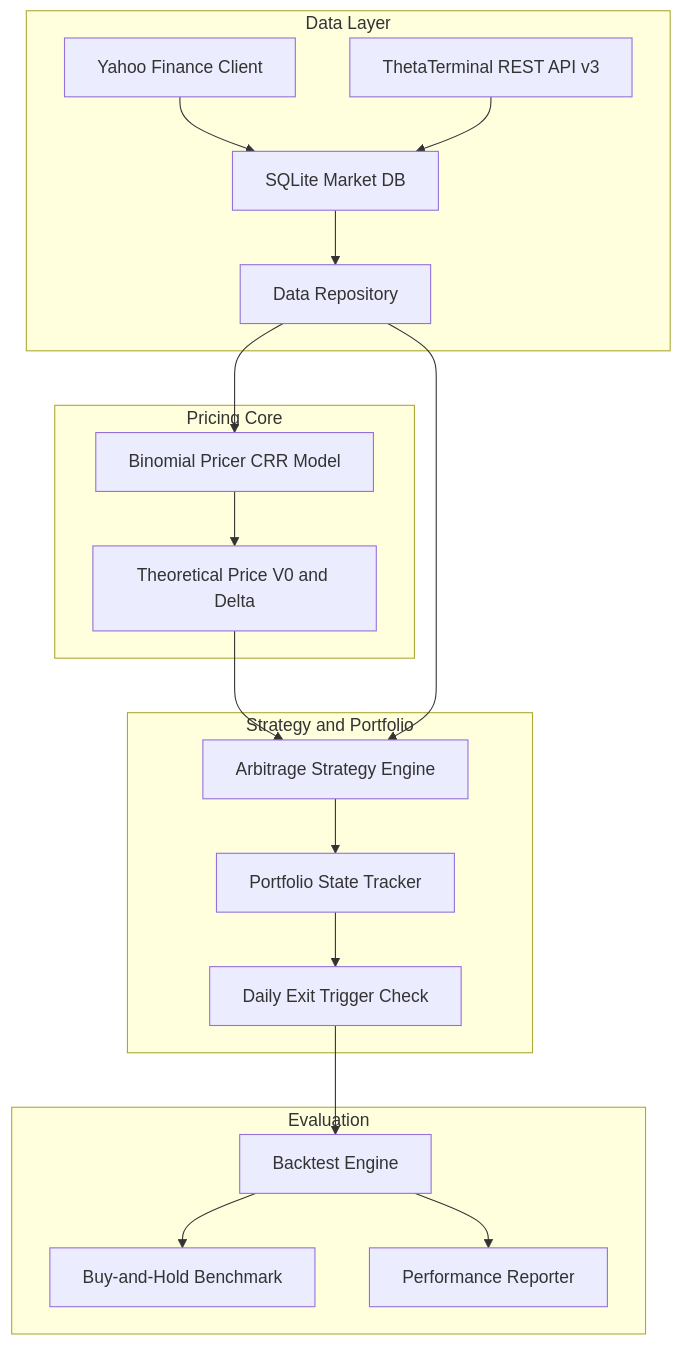
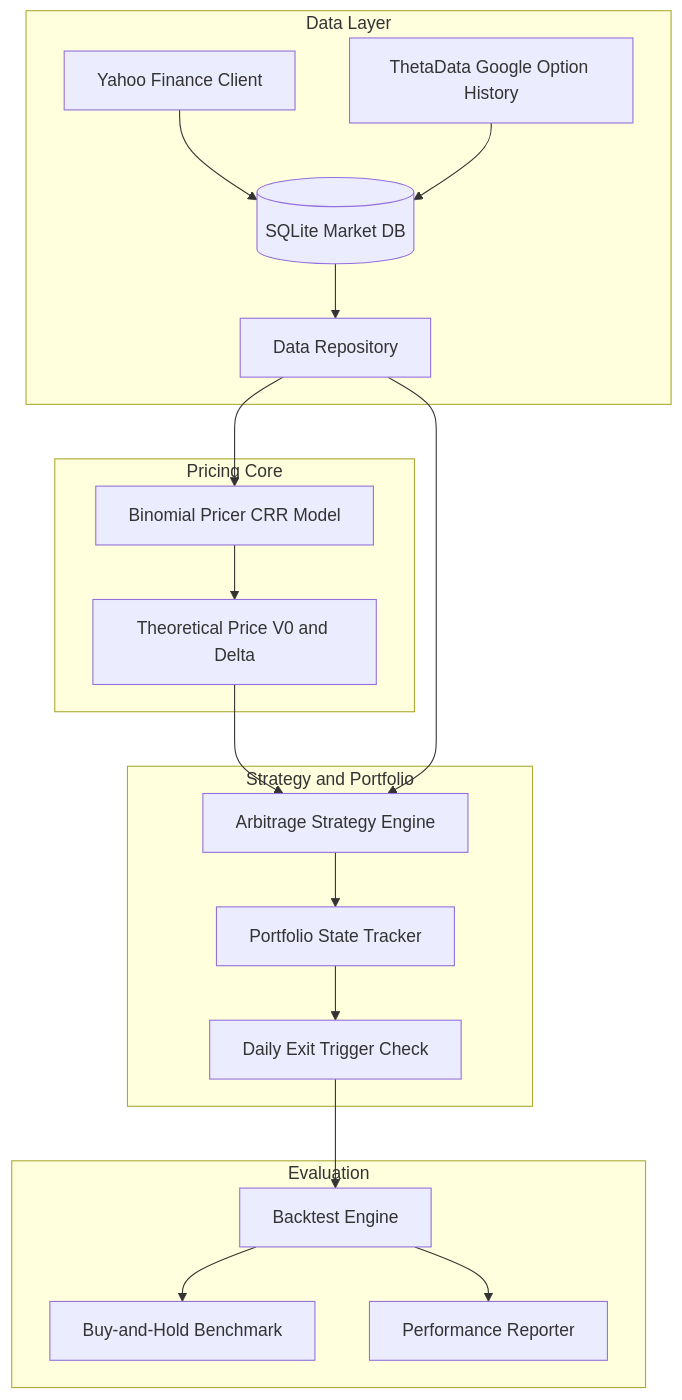
Before and after one commit to KoderKavin/binomial-option-pricing: the diagram in README.md, drawn with Mermaid. The commit also changed other lines of this file and 5 other files, not shown here.

````diff
--- a/README.md
+++ b/README.md
@@ -54,26 +54,26 @@
 ```mermaid
 flowchart TD
     subgraph Data Layer
-        YF[Yahoo Finance Client] --> DB[SQLite Market DB]
-        TT[ThetaTerminal REST API v3] --> DB
+        YF[Yahoo Finance Client] --> DB[(SQLite Market DB)]
+        TD[ThetaData Google Option History] --> DB
         DB --> Repo[Data Repository]
     end
 
     subgraph Pricing Core
         Repo --> CRR[Binomial Pricer CRR Model]
         CRR --> Theo[Theoretical Price V0 and Delta]
     end
 
     subgraph Strategy and Portfolio
         Theo --> Arb[Arbitrage Strategy Engine]
         Repo --> Arb
         Arb --> Port[Portfolio State Tracker]
         Port --> Monitor[Daily Exit Trigger Check]
     end
 
     subgraph Evaluation
         Monitor --> Engine[Backtest Engine]
         Engine --> Bench[Buy-and-Hold Benchmark]
         Engine --> Metrics[Performance Reporter]
     end
 ```
````
